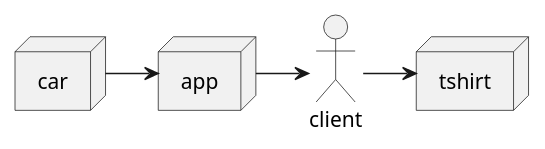
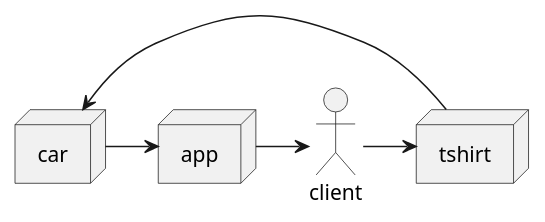
The diagram in test.iuml (ramaaorella/test), drawn with PlantUML before and after one commit.

```diff
--- a/test.iuml
+++ b/test.iuml
@@ -1,10 +1,11 @@
 @startuml testt
 actor client
 node app
 node car
 node tshirt
 
 car -> app
 app -> client
 client -> tshirt
+tshirt -> car
 @enduml
```
